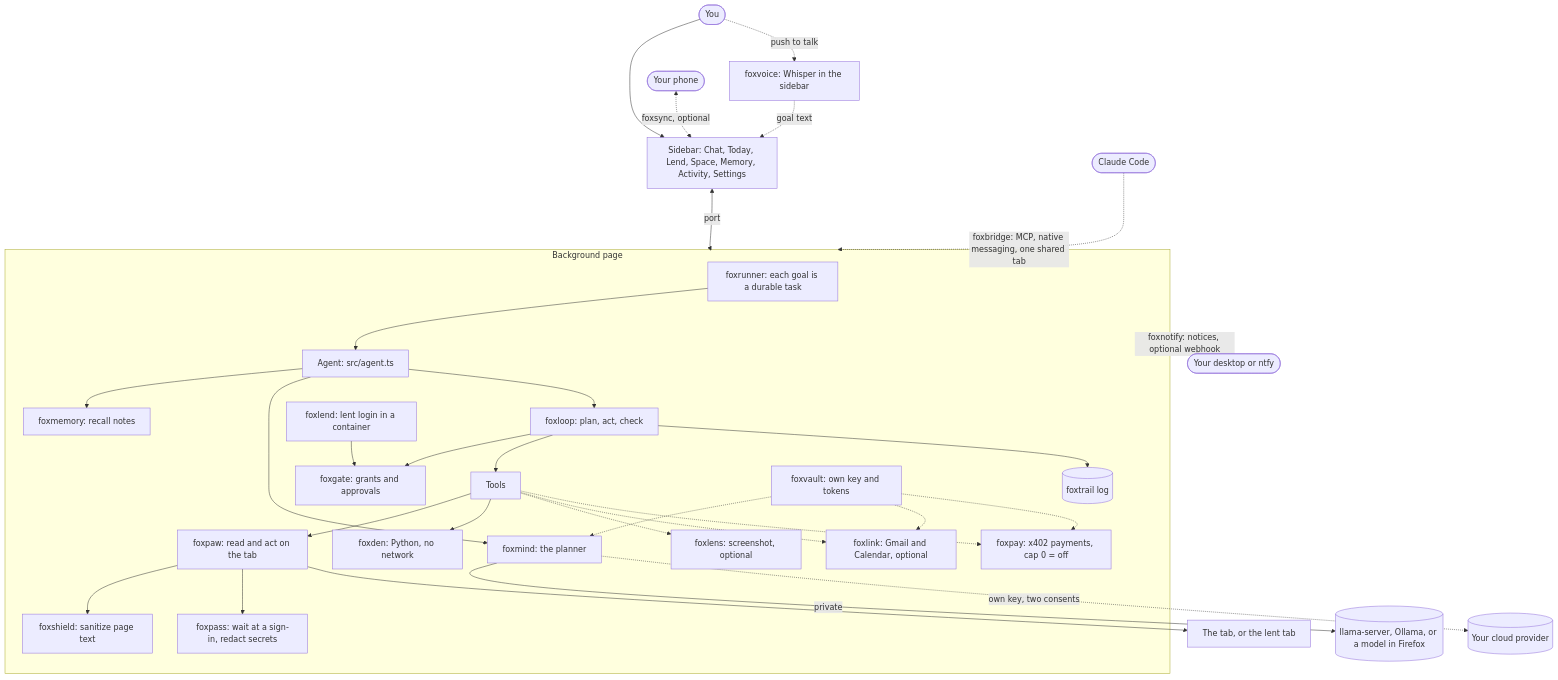
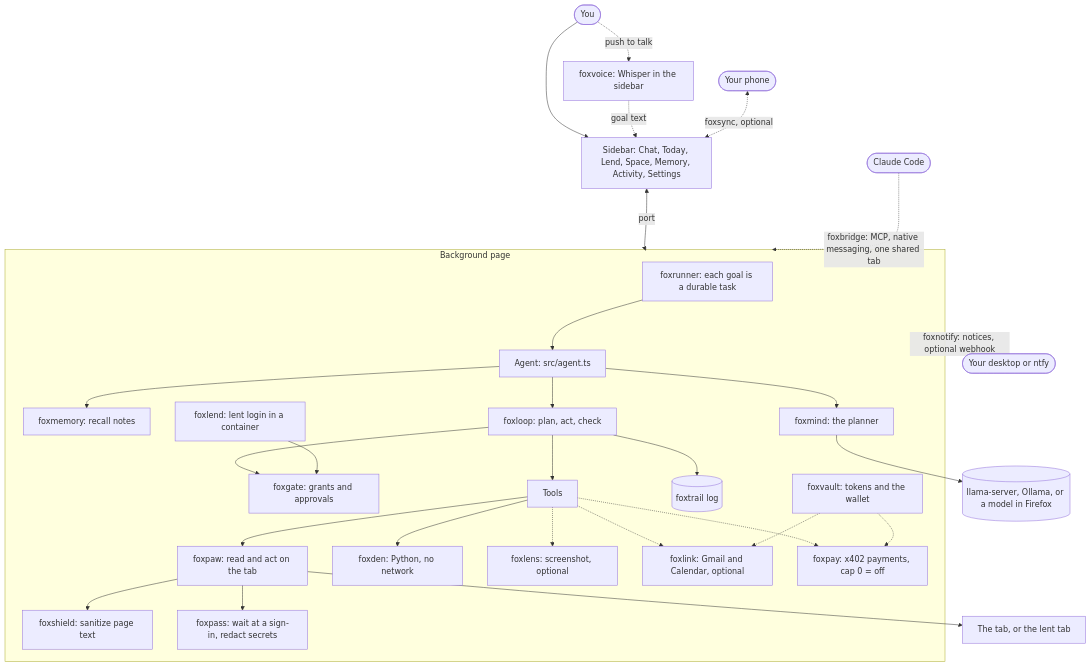
One commit to pooriaarab/foxmate changed the first of 3 diagrams in README.md. Above: the diagram before and after it, drawn with Mermaid. The commit also changed other lines of this file and 21 other files, not shown here.

````diff
--- a/README.md
+++ b/README.md
@@ -85,32 +85,30 @@
 ```mermaid
 flowchart TB
   user([You]) --> sidebar[Sidebar: Chat, Today, Lend, Space, Memory, Activity, Settings]
   user -.->|push to talk| voice[foxvoice: Whisper in the sidebar] -.->|goal text| sidebar
   sidebar <-->|port| bg[Background page]
   phone([Your phone]) <-.->|foxsync, optional| sidebar
   bg -.->|foxnotify: notices, optional webhook| you([Your desktop or ntfy])
   claude([Claude Code]) -.->|foxbridge: MCP, native messaging, one shared tab| bg
   subgraph bg[Background page]
     runner[foxrunner: each goal is a durable task] --> agent[Agent: src/agent.ts]
     agent --> recall[foxmemory: recall notes]
     agent --> brain[foxmind: the planner]
     agent --> loop[foxloop: plan, act, check]
     loop --> gate[foxgate: grants and approvals]
     loop --> tools[Tools]
     loop --> trail[(foxtrail log)]
     tools --> paw[foxpaw: read and act on the tab]
     paw --> shield[foxshield: sanitize page text]
     paw --> pass[foxpass: wait at a sign-in, redact secrets]
     tools --> den[foxden: Python, no network]
     tools -.-> lens[foxlens: screenshot, optional]
     tools -.-> link[foxlink: Gmail and Calendar, optional]
     tools -.-> pay[foxpay: x402 payments, cap 0 = off]
     lend[foxlend: lent login in a container] --> gate
-    vault[foxvault: own key and tokens] -.-> brain
-    vault -.-> link
+    vault[foxvault: tokens and the wallet] -.-> link
     vault -.-> pay
   end
-  brain -->|private| local[(llama-server, Ollama, or a model in Firefox)]
-  brain -.->|own key, two consents| cloud[(Your cloud provider)]
+  brain --> local[(llama-server, Ollama, or a model in Firefox)]
   paw --> tab[The tab, or the lent tab]
 ```
````
